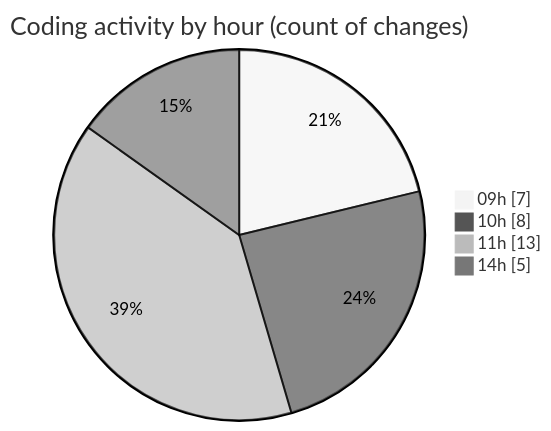
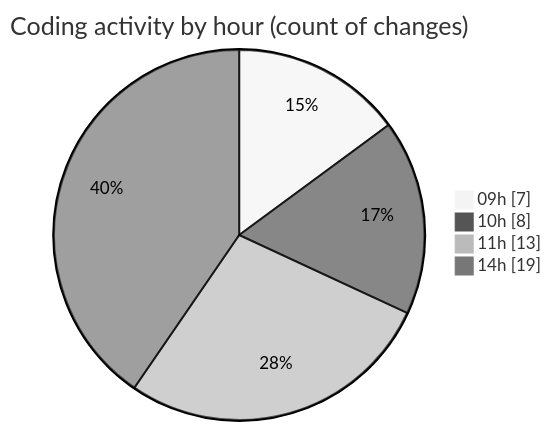
The second of 2 diagrams in 2026-01-21/cda/README.md (momahboobian/code-tracking), drawn with Mermaid (neutral theme) before and after one commit. The commit also changed other lines of this file and 1 other file, not shown here.

````diff
--- a/2026-01-21/cda/README.md
+++ b/2026-01-21/cda/README.md
@@ -44,8 +48,8 @@
 ```mermaid
 pie showData
 title Coding activity by hour (count of changes)
 "09h" : 7
 "10h" : 8
 "11h" : 13
-"14h" : 5
+"14h" : 19
 ```
````
